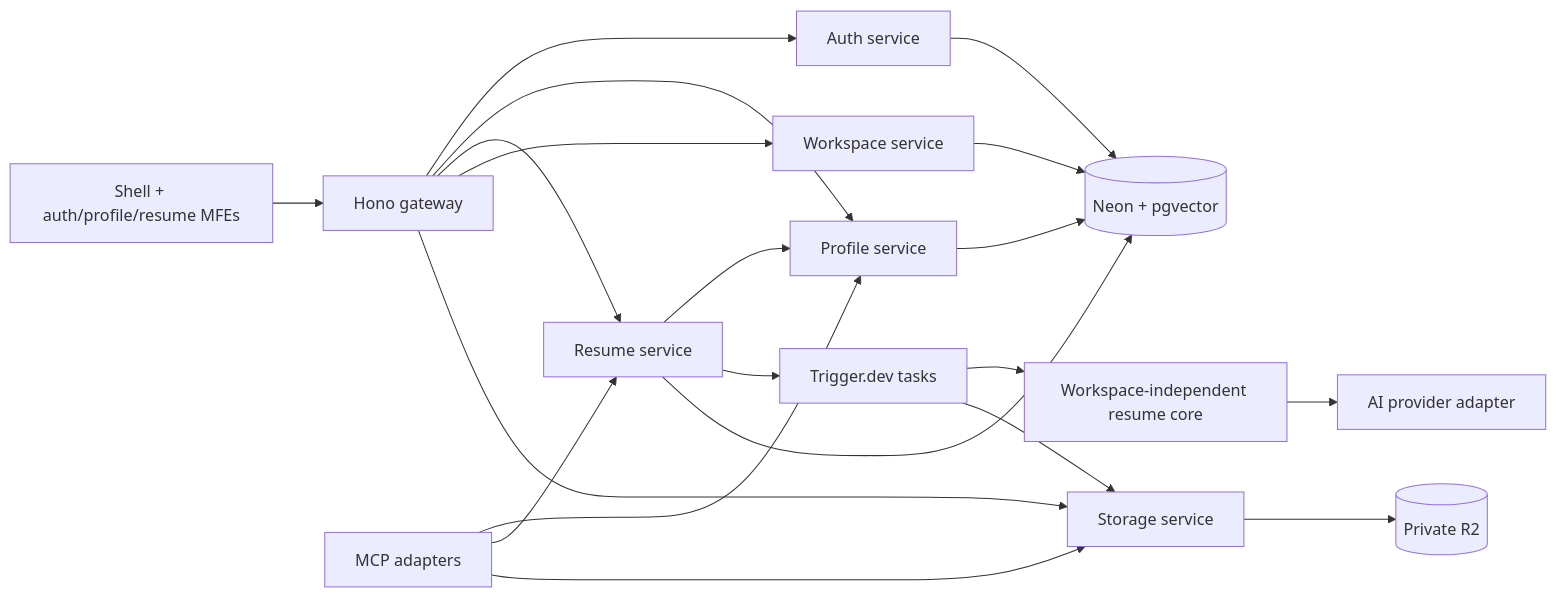
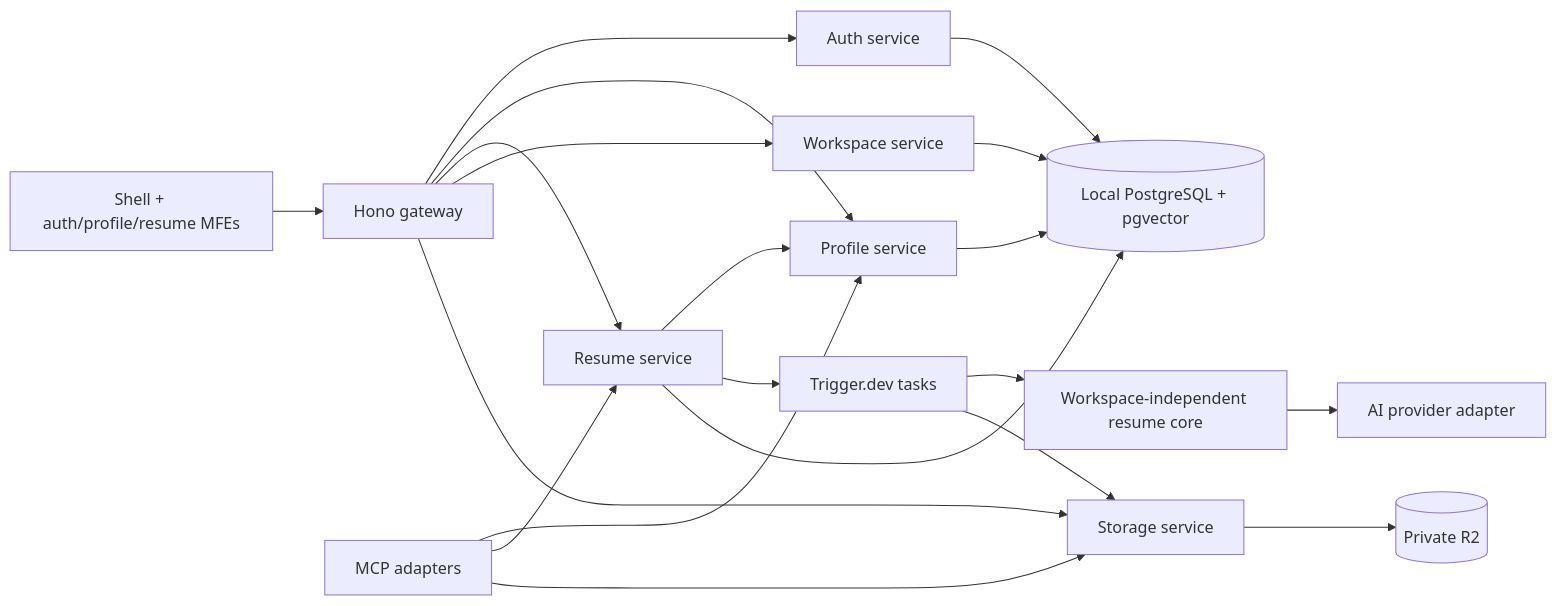
One commit to nishank23/ResumeForge changed the diagram in context/architecture-context.md. Above: the diagram before and after it, drawn with Mermaid. The commit also changed other lines of this file and 95 other files, not shown here.

````diff
--- a/context/architecture-context.md
+++ b/context/architecture-context.md
@@ -30,22 +30,22 @@
 ```mermaid
 flowchart LR
     Shell[Shell + auth/profile/resume MFEs] --> Gateway[Hono gateway]
     Gateway --> Auth[Auth service]
     Gateway --> Profile[Profile service]
     Gateway --> Resume[Resume service]
     Gateway --> Workspace[Workspace service]
     Gateway --> Storage[Storage service]
     Resume --> Profile
     Resume --> Tasks[Trigger.dev tasks]
     Tasks --> Core[Workspace-independent resume core]
     Core --> AI[AI provider adapter]
-    Auth --> DB[(Neon + pgvector)]
+    Auth --> DB[(Local PostgreSQL + pgvector)]
     Profile --> DB
     Resume --> DB
     Workspace --> DB
     Tasks --> Storage
     Storage --> R2[(Private R2)]
     MCP[MCP adapters] --> Profile
     MCP --> Resume
     MCP --> Storage
 ```
````
